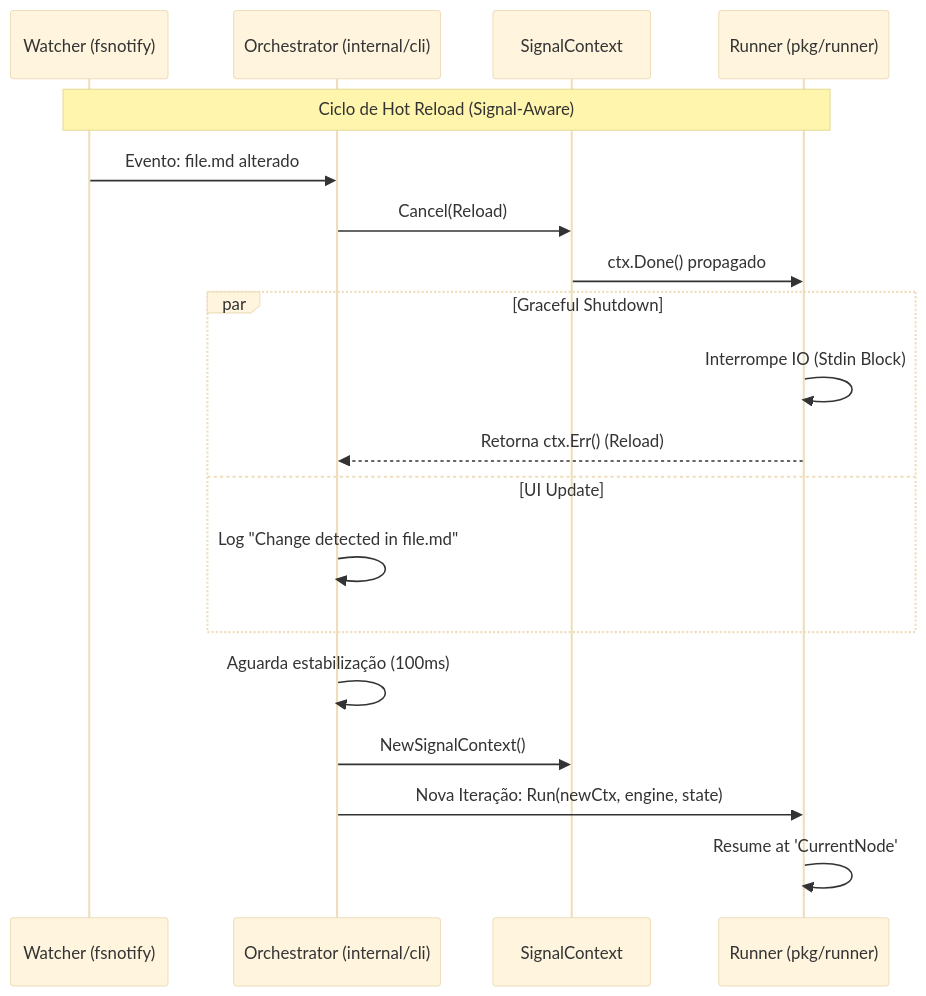
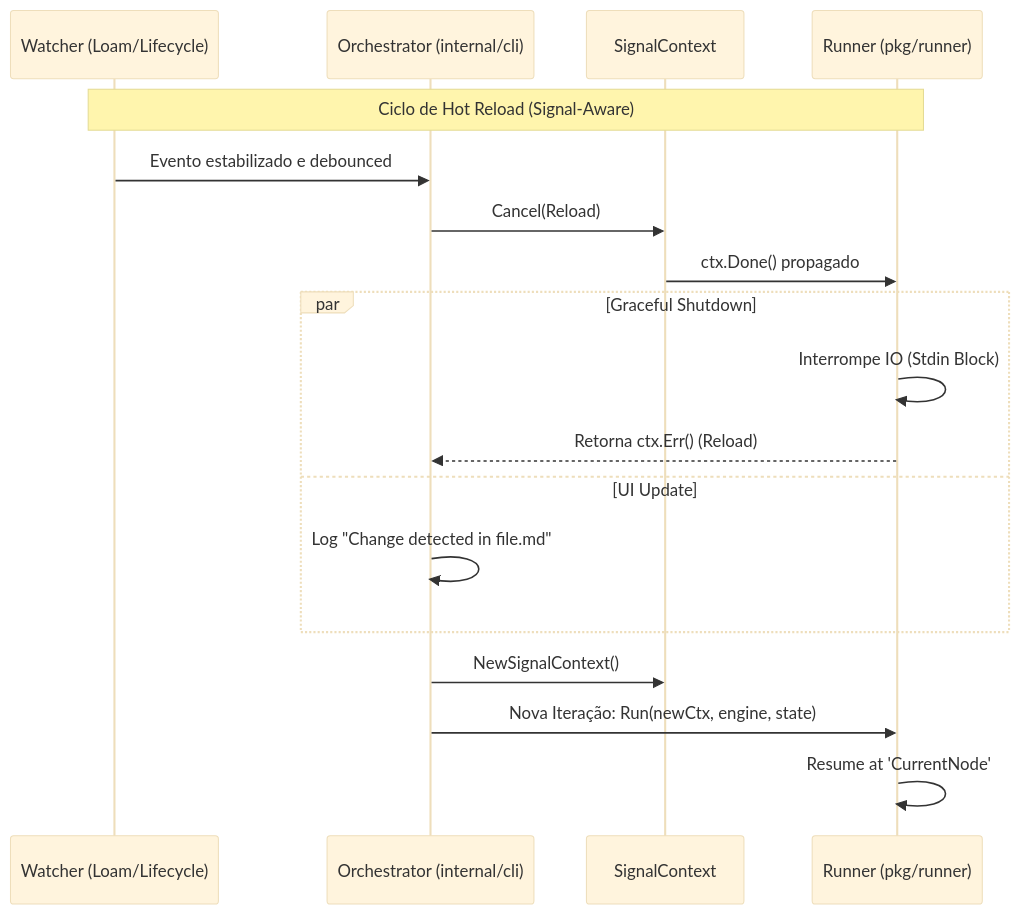
The fifth of 21 diagrams in docs/TECHNICAL.md (aretw0/trellis), drawn with Mermaid (base theme) before and after one commit. The commit also changed other lines of this file and 2 other files, not shown here.

Commit message:
docs: update architecture, adl and roadmap for ecosystem patch v0.7.13

````diff
--- a/docs/TECHNICAL.md
+++ b/docs/TECHNICAL.md
@@ -353,24 +353,23 @@
 ```mermaid
 sequenceDiagram
-    participant W as Watcher (fsnotify)
+    participant W as Watcher (Loam/Lifecycle)
     participant O as Orchestrator (internal/cli)
     participant S as SignalContext
     participant R as Runner (pkg/runner)
 
     Note over W, R: Ciclo de Hot Reload (Signal-Aware)
-    W->>O: Evento: file.md alterado
+    W->>O: Evento estabilizado e debounced
     O->>S: Cancel(Reload)
     S->>R: ctx.Done() propagado
     
     par Graceful Shutdown
         R->>R: Interrompe IO (Stdin Block)
         R-->>O: Retorna ctx.Err() (Reload)
     and UI Update
         O->>O: Log "Change detected in file.md"
     end
     
-    O->>O: Aguarda estabilização (100ms)
     O->>S: NewSignalContext()
     O->>R: Nova Iteração: Run(newCtx, engine, state)
     R->>R: Resume at 'CurrentNode'
 ```
````
